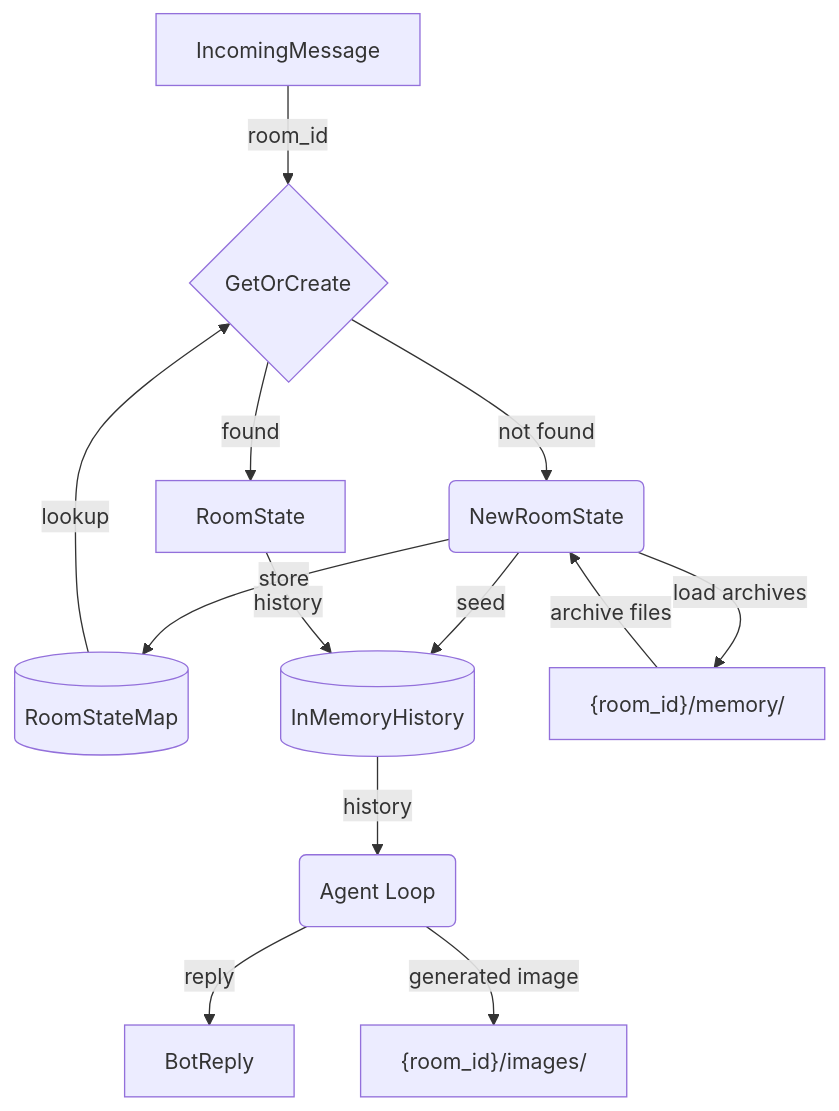
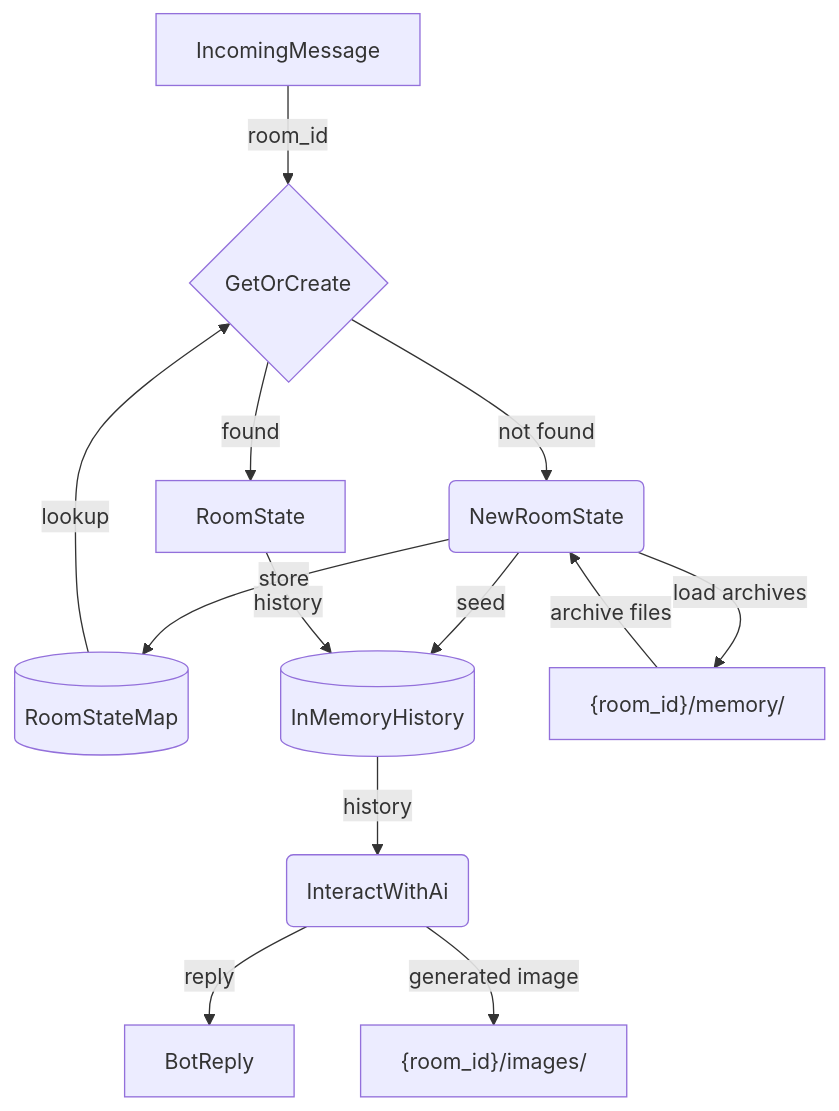
Before and after one commit to cosmoswafer/rockbot: the sixth of 7 diagrams in _dfds/agent-harness.md, drawn with Mermaid. The commit also changed other lines of this file and 4 other files, not shown here.

````diff
--- a/_dfds/agent-harness.md
+++ b/_dfds/agent-harness.md
@@ -83,26 +185,26 @@
 ```mermaid
 flowchart TD
     RC[IncomingMessage]
     ROOM_MAP[(RoomStateMap)]
     GET_EXIST{GetOrCreate}
     NEW_ROOM(NewRoomState)
     EXIST_ROOM[RoomState]
     MEM[(InMemoryHistory)]
-    AGENT(Agent Loop)
+    INACT(InteractWithAi)
     AREPLY[BotReply]
     DAV["{room_id}/memory/"]
     DAV_IMG["{room_id}/images/"]
 
     RC -->|"room_id"| GET_EXIST
     ROOM_MAP -->|"lookup"| GET_EXIST
     GET_EXIST -->|"not found"| NEW_ROOM
     GET_EXIST -->|"found"| EXIST_ROOM
     NEW_ROOM -->|"load archives"| DAV
     DAV -->|"archive files"| NEW_ROOM
     NEW_ROOM -->|"seed"| MEM
     NEW_ROOM -->|"store"| ROOM_MAP
     EXIST_ROOM -->|"history"| MEM
-    MEM -->|"history"| AGENT
-    AGENT -->|"reply"| AREPLY
-    AGENT -->|"generated image"| DAV_IMG
+    MEM -->|"history"| INACT
+    INACT -->|"reply"| AREPLY
+    INACT -->|"generated image"| DAV_IMG
 ```
````
